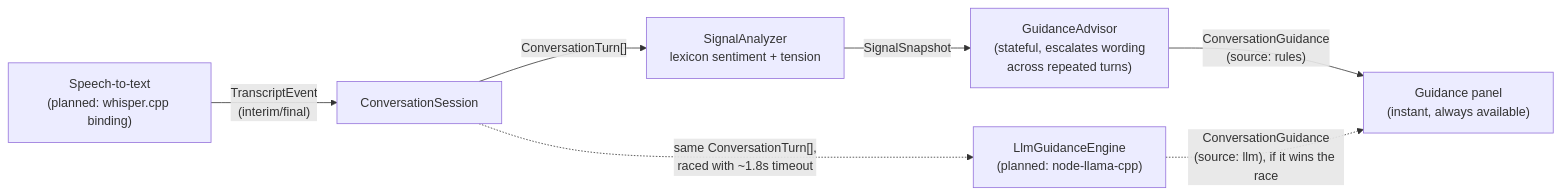
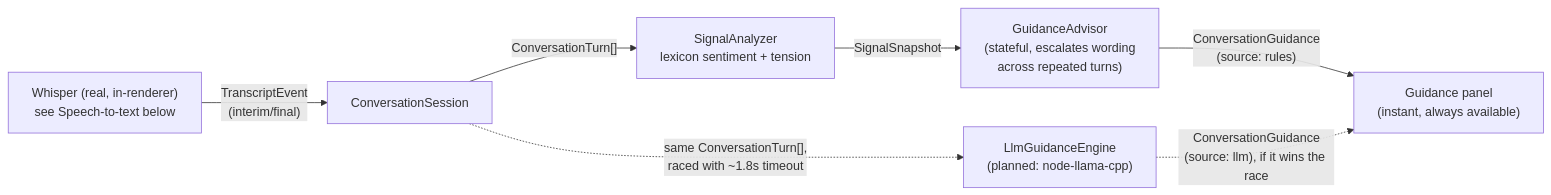
One commit to pankajads/cue changed the second of 3 diagrams in ARCHITECTURE.md. Above: the diagram before and after it, drawn with Mermaid. The commit also changed other lines of this file and 11 other files, not shown here.

First line of the commit message:
Wire up speech-to-text: mic/system audio -> Whisper -> guidance engine

````diff
--- a/ARCHITECTURE.md
+++ b/ARCHITECTURE.md
@@ -35,10 +35,10 @@
 ```mermaid
 flowchart LR
-    STT["Speech-to-text<br/>(planned: whisper.cpp binding)"] -- "TranscriptEvent<br/>(interim/final)" --> Session["ConversationSession"]
+    STT["Whisper (real, in-renderer)<br/>see Speech-to-text below"] -- "TranscriptEvent<br/>(interim/final)" --> Session["ConversationSession"]
     Session -- "ConversationTurn[]" --> Analyzer["SignalAnalyzer<br/>lexicon sentiment + tension"]
     Analyzer -- "SignalSnapshot" --> Advisor["GuidanceAdvisor<br/>(stateful, escalates wording<br/>across repeated turns)"]
     Advisor -- "ConversationGuidance<br/>(source: rules)" --> Panel["Guidance panel<br/>(instant, always available)"]
 
     Session -. "same ConversationTurn[],<br/>raced with ~1.8s timeout" .-> LLM["LlmGuidanceEngine<br/>(planned: node-llama-cpp)"]
     LLM -. "ConversationGuidance<br/>(source: llm), if it wins the race" .-> Panel
 ```
````
